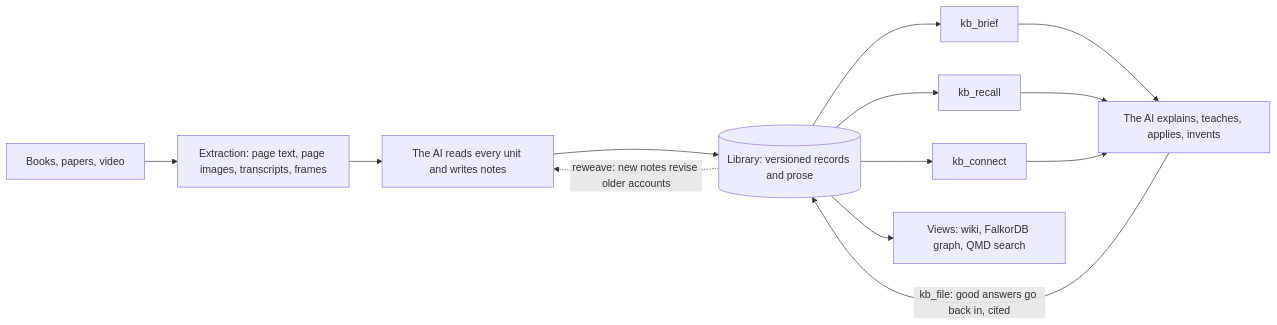
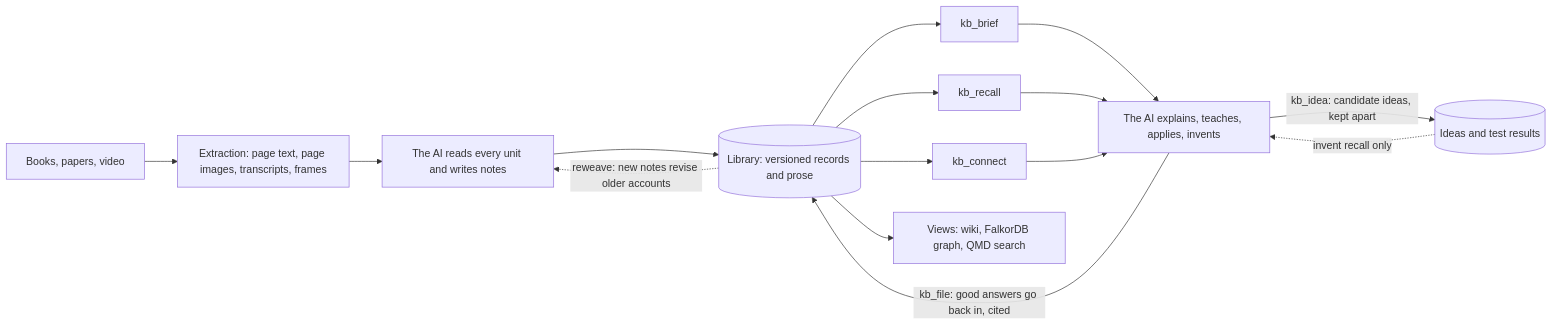
The diagram in README.md (Barncore/know-fu), drawn with Mermaid before and after one commit. The commit also changed other lines of this file and 38 other files, not shown here.

````diff
--- a/README.md
+++ b/README.md
@@ -19,15 +19,17 @@
 ```mermaid
 flowchart LR
   S[Books, papers, video] --> E[Extraction: page text, page images, transcripts, frames]
   E --> N[The AI reads every unit and writes notes]
   N --> L[(Library: versioned records and prose)]
   L -. reweave: new notes revise older accounts .-> N
   L --> B[kb_brief]
   L --> R[kb_recall]
   L --> C[kb_connect]
   B --> A[The AI explains, teaches, applies, invents]
   R --> A
   C --> A
   A -- kb_file: good answers go back in, cited --> L
+  A -- kb_idea: candidate ideas, kept apart --> D[(Ideas and test results)]
+  D -. invent recall only .-> A
   L --> V[Views: wiki, FalkorDB graph, QMD search]
 ```
````
